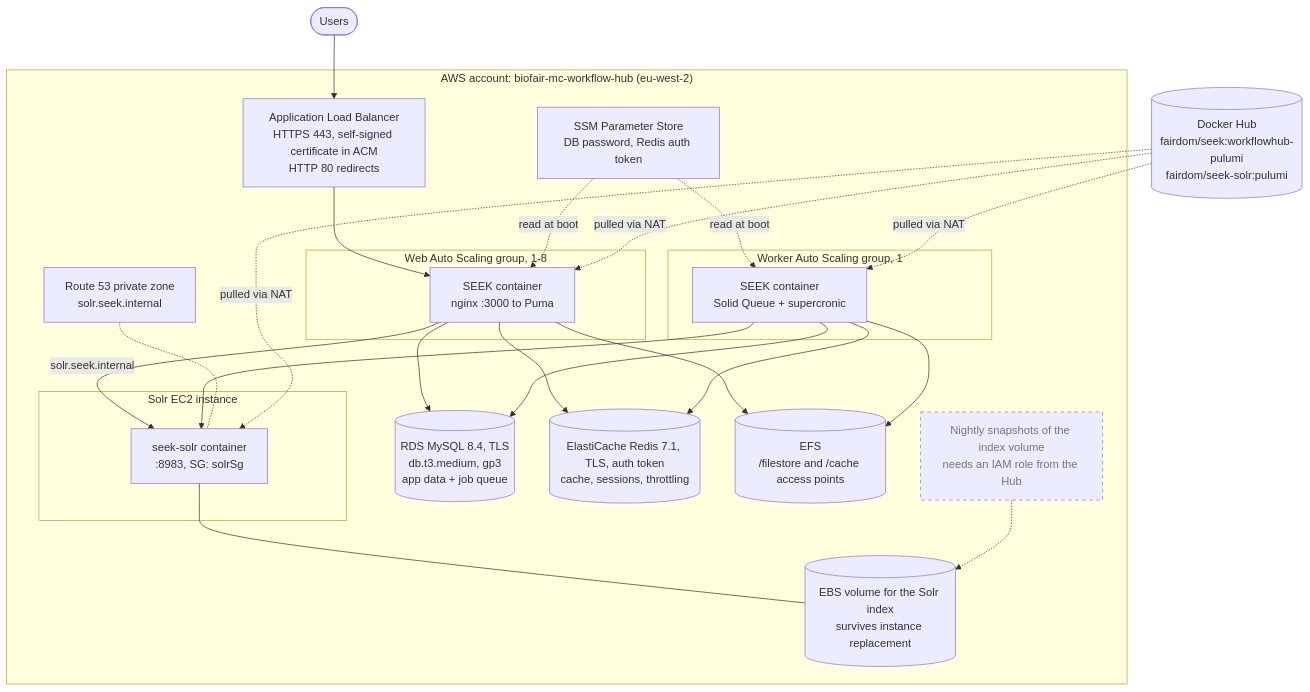
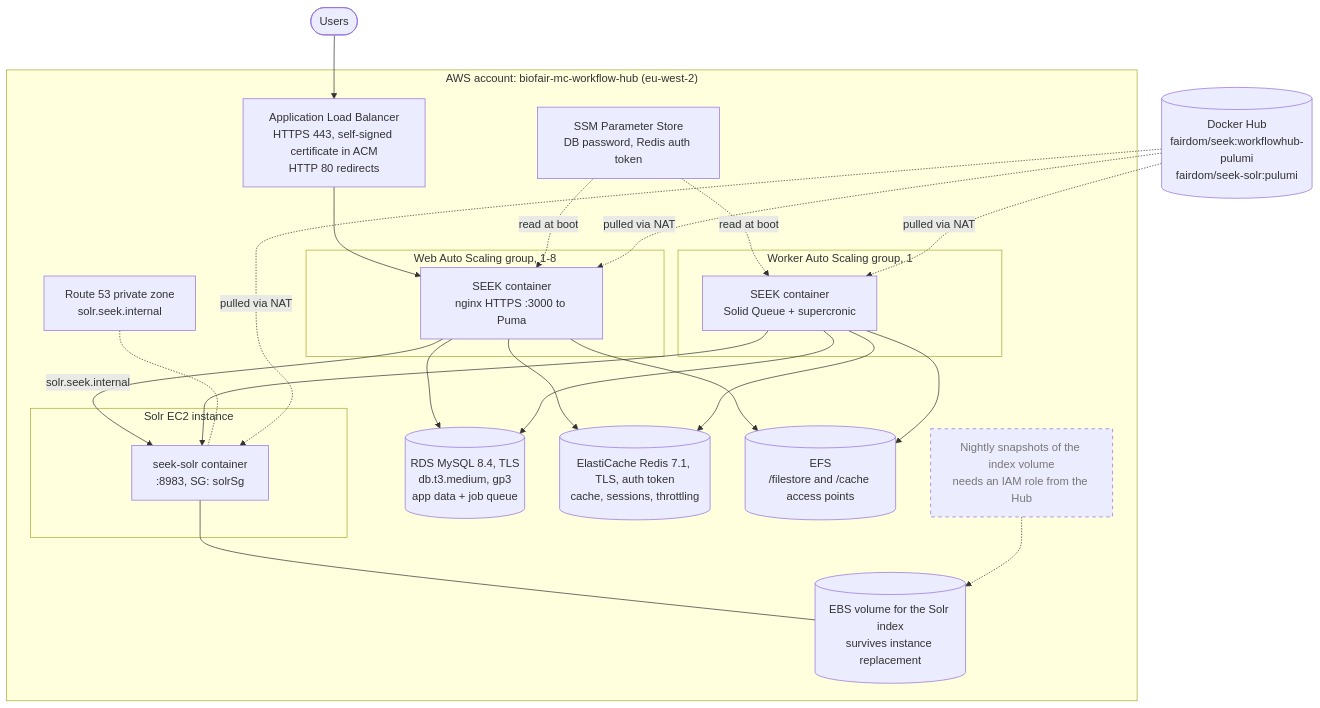
The second of 5 diagrams in docs/pulumi-architecture.md (seek4science/seek), drawn with Mermaid before and after one commit. The commit also changed other lines of this file and 4 other files, not shown here.

First line of the commit message:
Document HTTPS from the load balancer to the web instances

````diff
--- a/docs/pulumi-architecture.md
+++ b/docs/pulumi-architecture.md
@@ -62,49 +62,49 @@
 ```mermaid
 flowchart TB
     users(["Users"])
     hub[("Docker Hub<br/>fairdom/seek:workflowhub-pulumi<br/>fairdom/seek-solr:pulumi")]
 
     subgraph aws["AWS account: biofair-mc-workflow-hub (eu-west-2)"]
         alb["Application Load Balancer<br/>HTTPS 443, self-signed certificate in ACM<br/>HTTP 80 redirects"]
 
         subgraph webasg["Web Auto Scaling group, 1-8"]
-            web["SEEK container<br/>nginx :3000 to Puma"]
+            web["SEEK container<br/>nginx HTTPS :3000 to Puma"]
         end
         subgraph workerasg["Worker Auto Scaling group, 1"]
             workers["SEEK container<br/>Solid Queue + supercronic"]
         end
         subgraph solrbox["Solr EC2 instance"]
             solr["seek-solr container<br/>:8983, SG: solrSg"]
         end
 
         privdns["Route 53 private zone<br/>solr.seek.internal"]
         rds[("RDS MySQL 8.4, TLS<br/>db.t3.medium, gp3<br/>app data + job queue")]
         redis[("ElastiCache Redis 7.1, TLS, auth token<br/>cache, sessions, throttling")]
         efs[("EFS<br/>/filestore and /cache access points")]
         params["SSM Parameter Store<br/>DB password, Redis auth token"]
 
         ebs[("EBS volume for the Solr index<br/>survives instance replacement")]
         snaps["Nightly snapshots of the index volume<br/>needs an IAM role from the Hub"]
     end
 
     users --> alb --> web
     web --> rds
     web --> redis
     web --> efs
     web -- "solr.seek.internal" --> solr
     workers --> rds
     workers --> redis
     workers --> efs
     workers --> solr
     privdns -.- solr
     params -. "read at boot" .-> web
     params -. "read at boot" .-> workers
     hub -. "pulled via NAT" .-> web
     hub -. "pulled via NAT" .-> workers
     hub -. "pulled via NAT" .-> solr
     solr --- ebs
     snaps -.-> ebs
 
     classDef planned stroke-dasharray:5 5,color:#777
     class snaps planned
 ```
````
